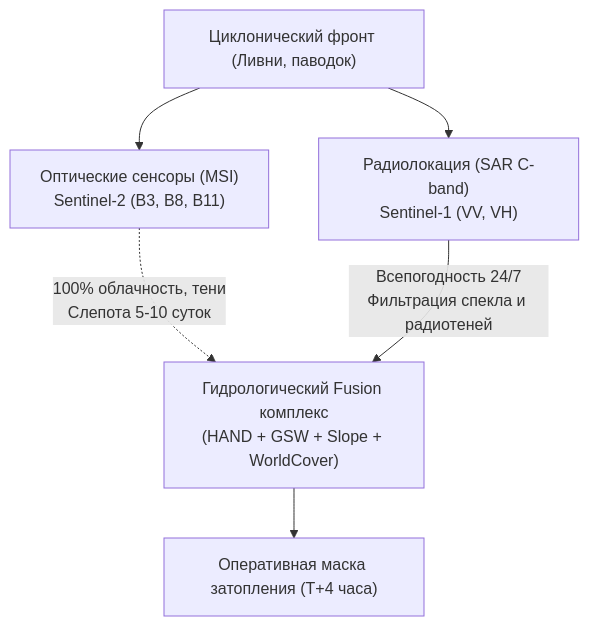
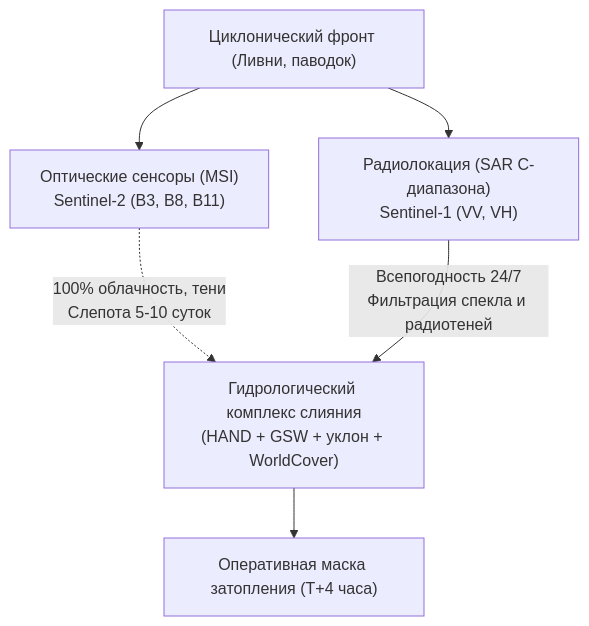
The first of 4 diagrams in REPORT.md (p4ulbr4dl3y/cosmohack-hydro-2026), drawn with Mermaid before and after one commit. The commit also changed other lines of this file and 2 other files, not shown here.

````diff
--- a/REPORT.md
+++ b/REPORT.md
@@ -31,10 +31,10 @@
 ```mermaid
 flowchart TD
     A["Циклонический фронт (Ливни, паводок)"] --> B["Оптические сенсоры (MSI)<br/>Sentinel-2 (B3, B8, B11)"]
-    A --> C["Радиолокация (SAR C-band)<br/>Sentinel-1 (VV, VH)"]
+    A --> C["Радиолокация (SAR C-диапазона)<br/>Sentinel-1 (VV, VH)"]
     
-    B -.->|"100% облачность, тени<br/>Слепота 5-10 суток"| D["Гидрологический Fusion комплекс<br/>(HAND + GSW + Slope + WorldCover)"]
+    B -.->|"100% облачность, тени<br/>Слепота 5-10 суток"| D["Гидрологический комплекс слияния<br/>(HAND + GSW + уклон + WorldCover)"]
     C -->|"Всепогодность 24/7<br/>Фильтрация спекла и радиотеней"| D
     
     D --> E["Оперативная маска затопления (T+4 часа)"]
 ```
````
